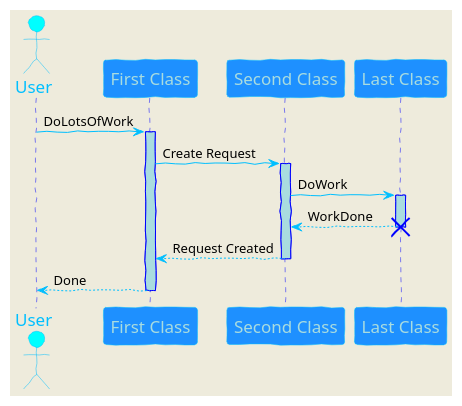
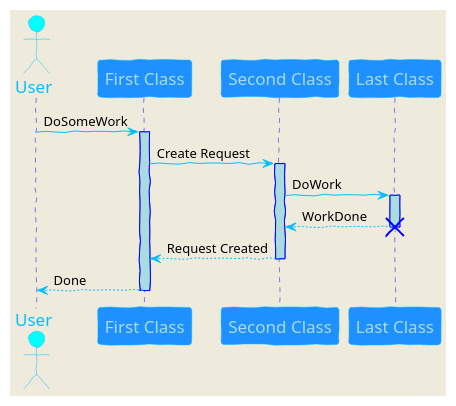
Before and after one commit to huornlmj/plantuml-diagrams: the diagram in diagram-01.iuml, drawn with PlantUML.

```diff
--- a/diagram-01.iuml
+++ b/diagram-01.iuml
@@ -1,45 +1,45 @@
 @startuml
 skinparam backgroundColor #EEEBDC
 skinparam handwritten true
 
 skinparam sequence {
 ArrowColor DeepSkyBlue
 ActorBorderColor DeepSkyBlue
 LifeLineBorderColor blue
 LifeLineBackgroundColor #A9DCDF
 
 ParticipantBorderColor DeepSkyBlue
 ParticipantBackgroundColor DodgerBlue
 ParticipantFontName Impact
 ParticipantFontSize 17
 ParticipantFontColor #A9DCDF
 
 ActorBackgroundColor aqua
 ActorFontColor DeepSkyBlue
 ActorFontSize 17
 ActorFontName Aapex
 }
 
 actor User
 participant "First Class" as A
 participant "Second Class" as B
 participant "Last Class" as C
 
-User -> A: DoLotsOfWork
+User -> A: DoSomeWork
 activate A
 
 A -> B: Create Request
 activate B
 
 B -> C: DoWork
 activate C
 C --> B: WorkDone
 destroy C
 
 B --> A: Request Created
 deactivate B
 
 A --> User: Done
 deactivate A
 
 @enduml
```
